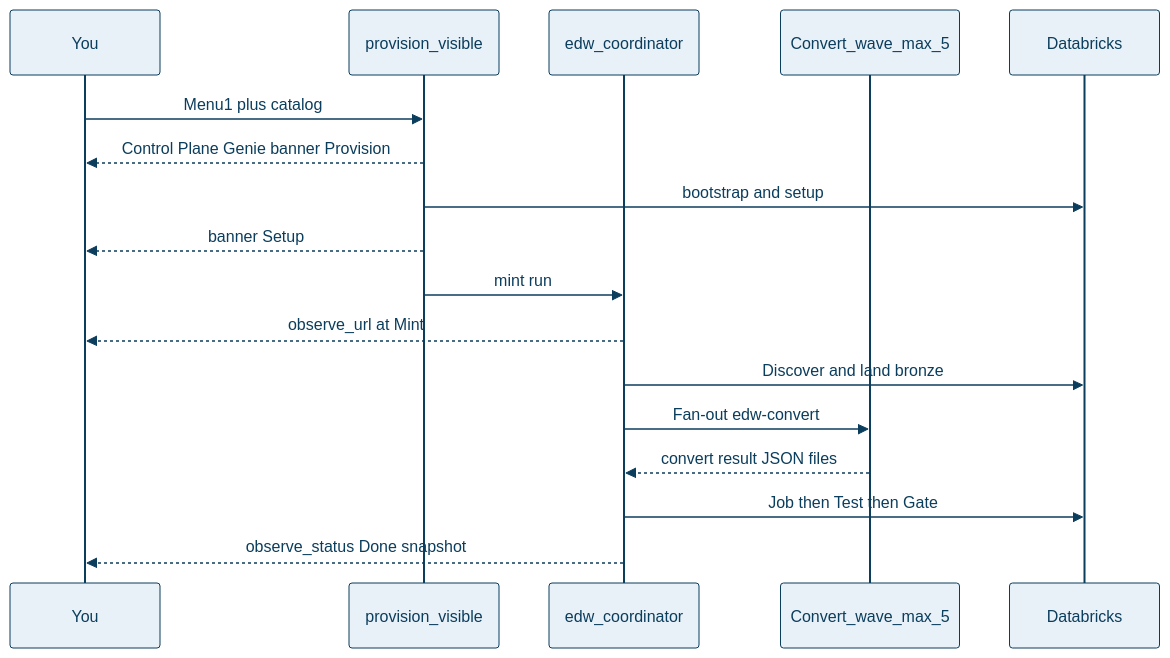
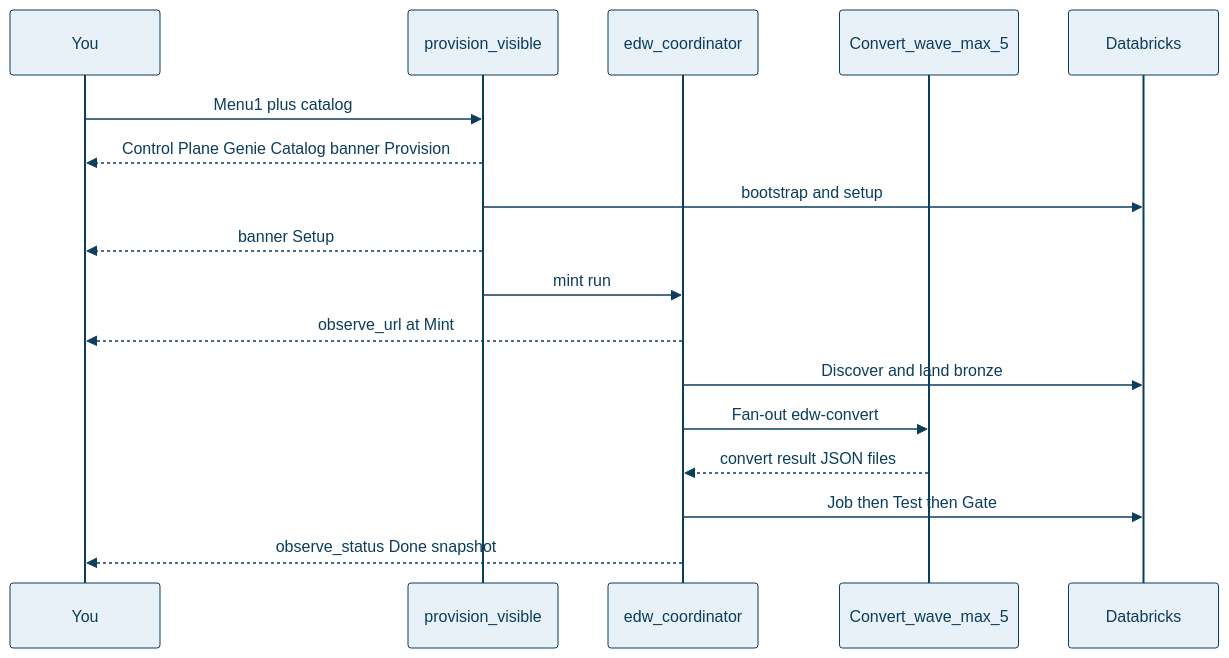
Before and after one commit to Jericho2010/edwmigration: the fourth of 4 diagrams in docs/what-you-get.md, drawn with Mermaid. The commit also changed other lines of this file and 44 other files, not shown here.

````diff
--- a/docs/what-you-get.md
+++ b/docs/what-you-get.md
@@ -118,20 +118,20 @@
 ```mermaid
 %%{init: {"theme":"base","themeVariables":{"primaryColor":"#E8F1F8","primaryTextColor":"#0B3D5C","primaryBorderColor":"#0B3D5C","lineColor":"#5B7A8C","secondaryColor":"#E6F4F1","tertiaryColor":"#F7F3EA","background":"#FFFFFF","mainBkg":"#E8F1F8","clusterBkg":"#F7FAFC","clusterBorder":"#5B7A8C","titleColor":"#0B3D5C","edgeLabelBackground":"#FFFFFF"}}}%%
 sequenceDiagram
   participant You
   participant Guide as provision_visible
   participant Coord as edw_coordinator
   participant Wave as Convert_wave_max_5
   participant DBX as Databricks
   You->>Guide: Menu1 plus catalog
-  Guide-->>You: Control Plane Genie banner Provision
+  Guide-->>You: Control Plane Genie Catalog banner Provision
   Guide->>DBX: bootstrap and setup
   Guide-->>You: banner Setup
   Guide->>Coord: mint run
   Coord-->>You: observe_url at Mint
   Coord->>DBX: Discover and land bronze
   Coord->>Wave: Fan-out edw-convert
   Wave-->>Coord: convert result JSON files
   Coord->>DBX: Job then Test then Gate
   Coord-->>You: observe_status Done snapshot
 ```
````
